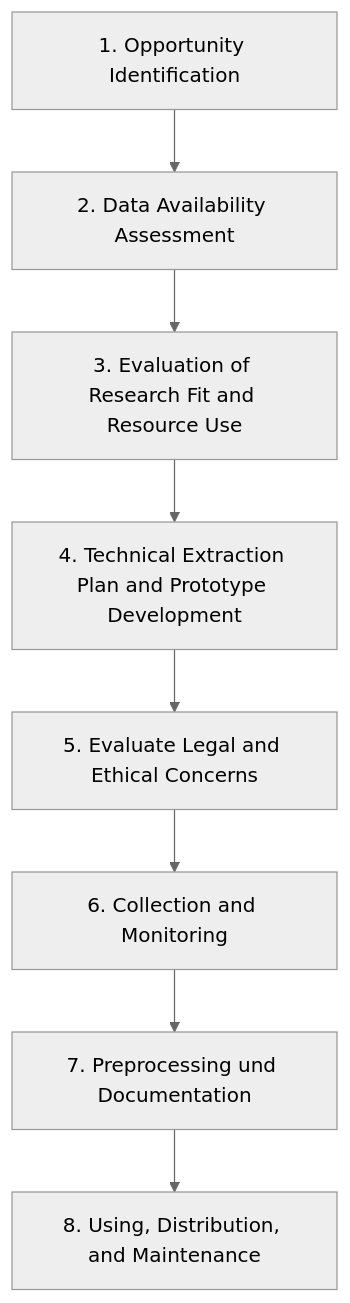
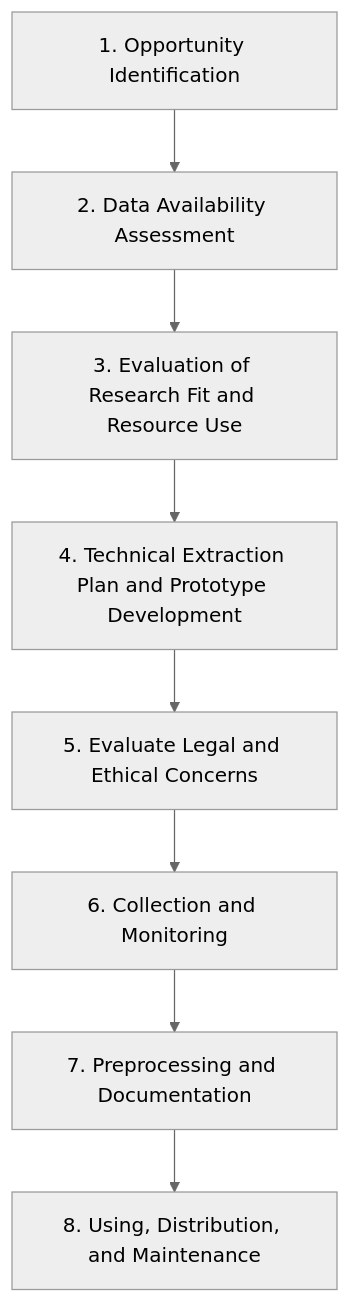
One commit to hannesdatta/course-odcm changed the diagram in content/docs/tutorials/workflow/_index.md. Above: the diagram before and after it, drawn with Mermaid (neutral theme). The commit also changed 2 other files, not shown here.

Commit message:
add slides and fix typo

```diff
--- a/content/docs/tutorials/workflow/_index.md
+++ b/content/docs/tutorials/workflow/_index.md
@@ -21,13 +21,13 @@
 {{< mermaid class="text-left">}}
 
 graph TD
     A[1. Opportunity Identification] --> B
     B[2. Data Availability Assessment] --> C
     C[3. Evaluation of Research Fit and Resource Use] --> D
     D[4. Technical Extraction Plan and Prototype Development] --> E
     E[5. Evaluate Legal and Ethical Concerns] --> F
     F[6. Collection and Monitoring] --> G
-    G[7. Preprocessing und Documentation] --> H
+    G[7. Preprocessing and Documentation] --> H
     H[8. Using, Distribution, and Maintenance]
 
 {{< /mermaid>}}
```
